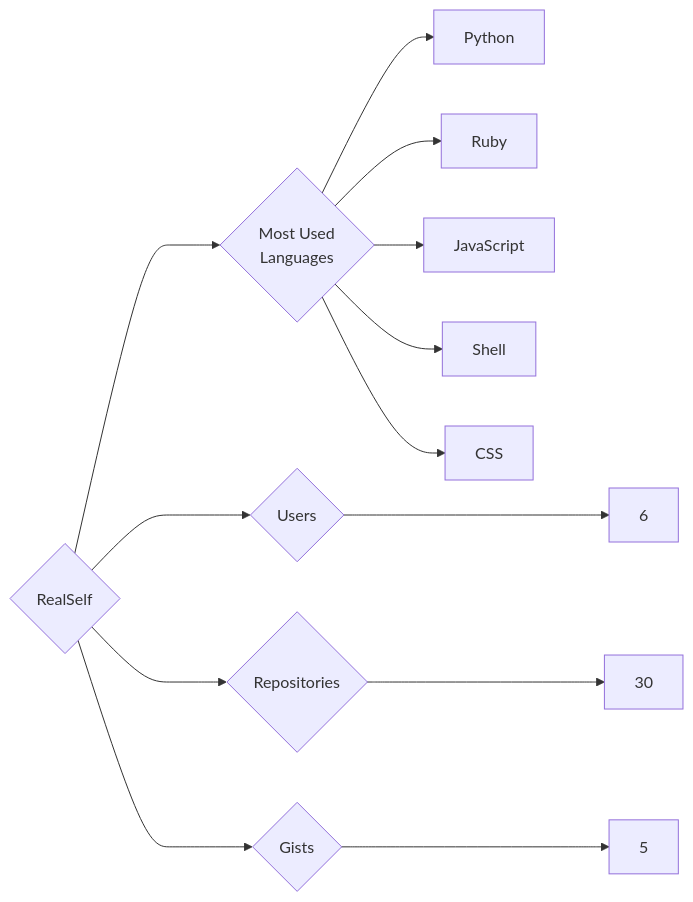
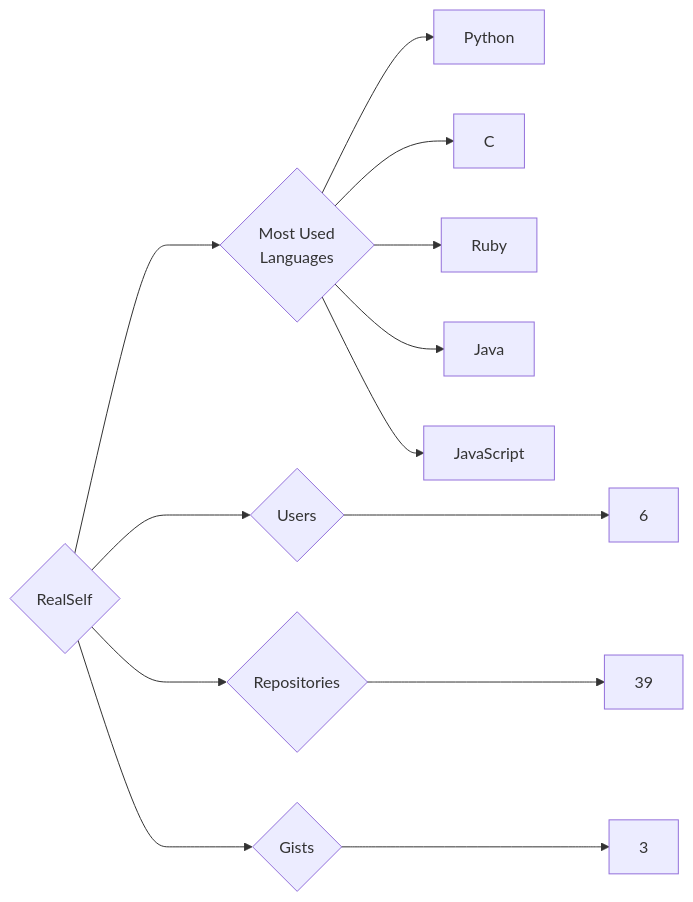
One commit to trickest/insiders changed the diagram in targets/RealSelf/README.md. Above: the diagram before and after it, drawn with Mermaid. The commit also changed 920 other files, not shown here.

````diff
--- a/targets/RealSelf/README.md
+++ b/targets/RealSelf/README.md
@@ -3,13 +3,13 @@
 ```mermaid
 graph LR
 COMPANY_NAME{RealSelf}
 COMPANY_NAME ---> U{Users} ---> UN[6]
-COMPANY_NAME ---> R{Repositories} ---> RN[30]
-COMPANY_NAME ---> G{Gists} ---> GN[5]
+COMPANY_NAME ---> R{Repositories} ---> RN[39]
+COMPANY_NAME ---> G{Gists} ---> GN[3]
 COMPANY_NAME ---> ML{Most Used<br>Languages}
 ML --> Python[Python]
+ML --> C[C]
 ML --> Ruby[Ruby]
+ML --> Java[Java]
 ML --> JavaScript[JavaScript]
-ML --> Shell[Shell]
-ML --> CSS[CSS]
 ```
````
